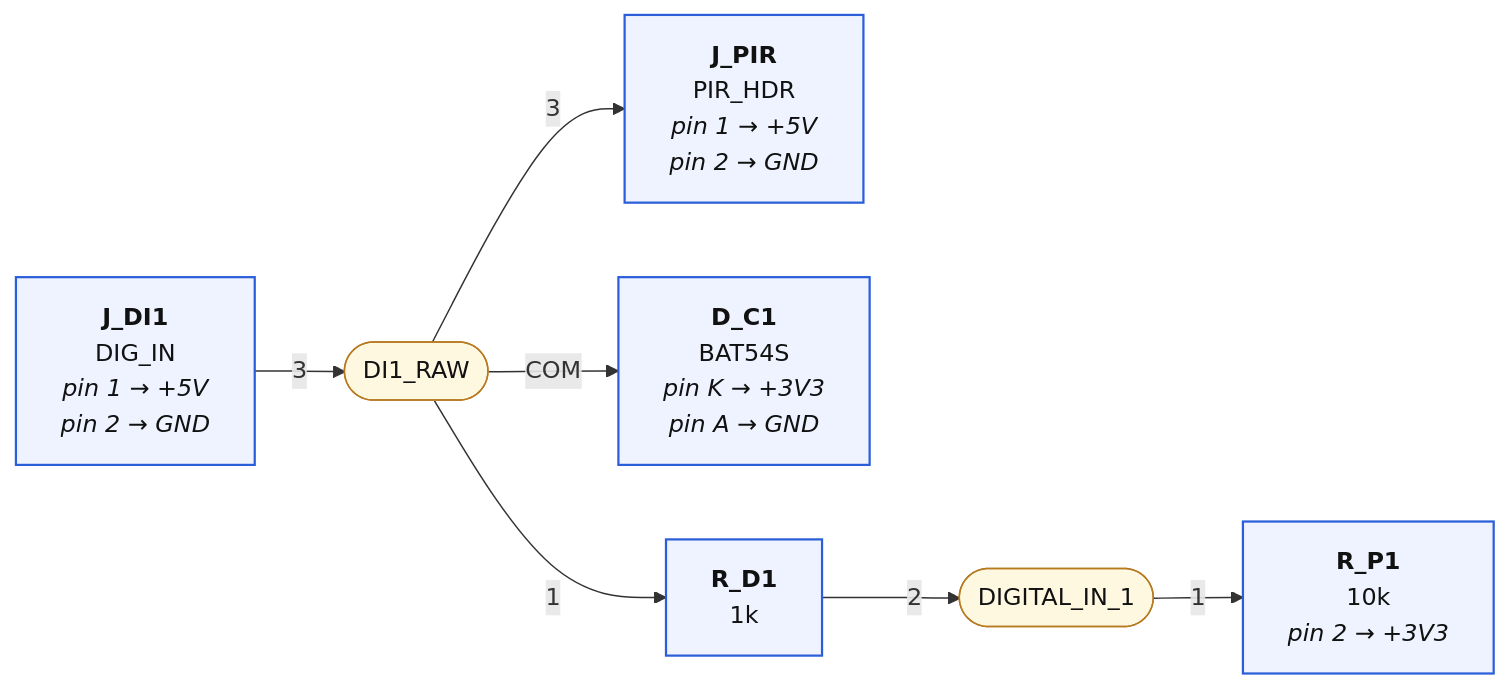
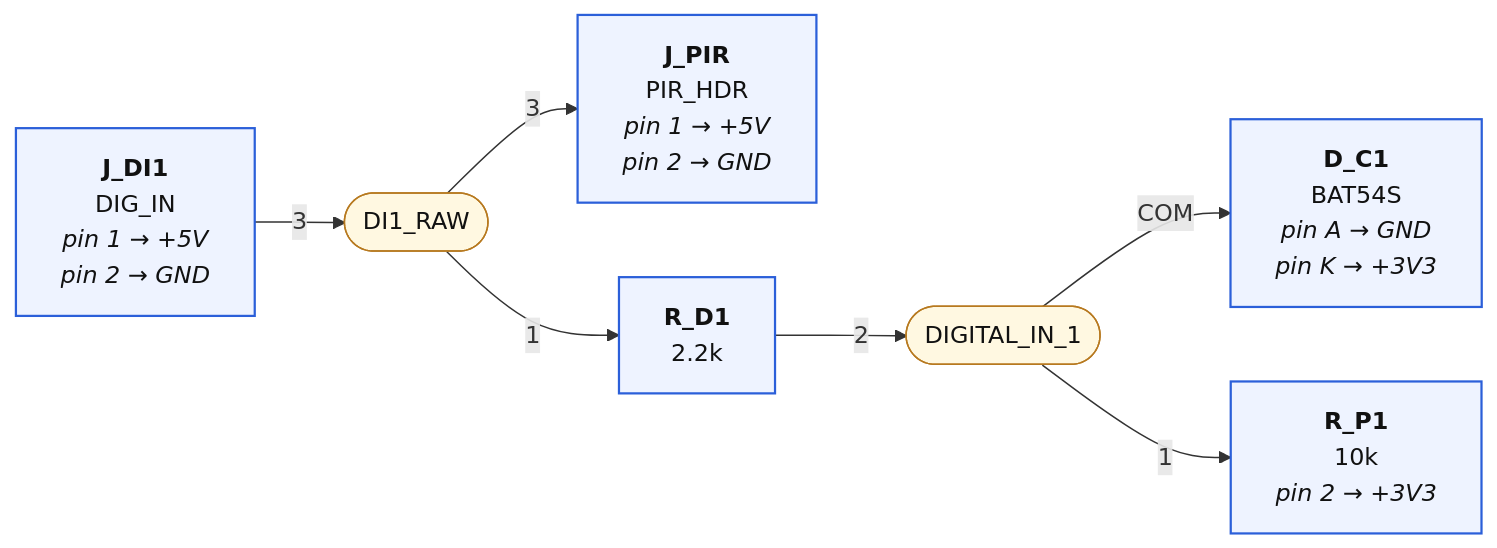
Before and after one commit to mrwillson2u/propmesh: the first of 6 diagrams in hardware/pro/sheets/07-sensors-expansion.diagram.md, drawn with Mermaid. The commit also changed other lines of this file and 59 other files, not shown here.

````diff
--- a/hardware/pro/sheets/07-sensors-expansion.diagram.md
+++ b/hardware/pro/sheets/07-sensors-expansion.diagram.md
@@ -7,23 +7,23 @@
 ```mermaid
 graph LR
   classDef part fill:#eef3ff,stroke:#2b5fd9,stroke-width:1.5px,color:#111
   classDef net fill:#fff8e1,stroke:#b7791f,color:#111
   classDef rail fill:#ffe0b2,stroke:#e65100,stroke-width:3px,color:#111,font-weight:bold
   classDef badnet fill:#ffe0e0,stroke:#c00,stroke-width:3px,color:#111,font-weight:bold
   classDef absent fill:#fff,stroke:#c00,stroke-width:2px,stroke-dasharray:6 4,color:#c00
   classDef extra fill:#ffecec,stroke:#c00,stroke-width:2px,color:#111
   classDef dnp fill:#f5f5f5,stroke:#999,stroke-dasharray:3 3,color:#666
   N_DI1_RAW(["DI1_RAW"]):::net
   P_J_DI1["<b>J_DI1</b><br/>DIG_IN<br/><i>pin 1 → +5V</i><br/><i>pin 2 → GND</i>"]:::part
   P_J_DI1 --"3"--> N_DI1_RAW
   P_J_PIR["<b>J_PIR</b><br/>PIR_HDR<br/><i>pin 1 → +5V</i><br/><i>pin 2 → GND</i>"]:::part
   N_DI1_RAW --"3"--> P_J_PIR
-  P_D_C1["<b>D_C1</b><br/>BAT54S<br/><i>pin K → +3V3</i><br/><i>pin A → GND</i>"]:::part
-  N_DI1_RAW --"COM"--> P_D_C1
-  P_R_D1["<b>R_D1</b><br/>1k"]:::part
+  P_R_D1["<b>R_D1</b><br/>2.2k"]:::part
   N_DI1_RAW --"1"--> P_R_D1
   N_DIGITAL_IN_1(["DIGITAL_IN_1"]):::net
   P_R_D1 --"2"--> N_DIGITAL_IN_1
+  P_D_C1["<b>D_C1</b><br/>BAT54S<br/><i>pin A → GND</i><br/><i>pin K → +3V3</i>"]:::part
+  N_DIGITAL_IN_1 --"COM"--> P_D_C1
   P_R_P1["<b>R_P1</b><br/>10k<br/><i>pin 2 → +3V3</i>"]:::part
   N_DIGITAL_IN_1 --"1"--> P_R_P1
 ```
````
